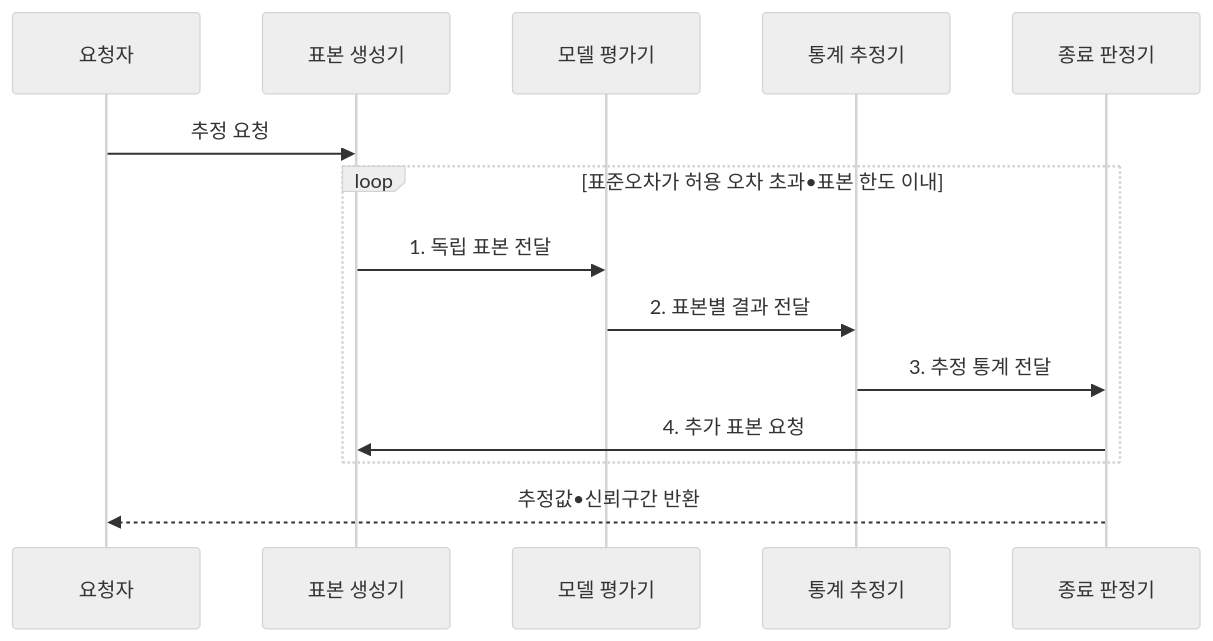
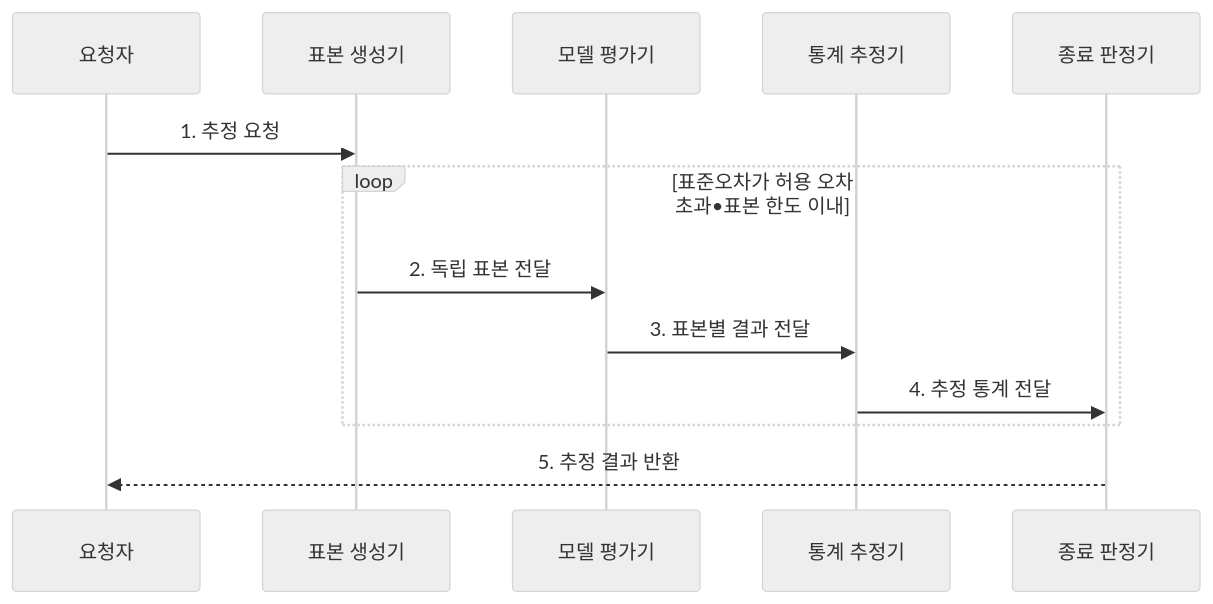
Before and after one commit to agnusdei1207/knowledge-base: the second of 2 diagrams in src/content/docs/notes/01-basic-theory/017_monte_carlo.md, drawn with Mermaid (neutral theme). The commit also changed other lines of this file and 28 other files, not shown here.

````diff
--- a/src/content/docs/notes/01-basic-theory/017_monte_carlo.md
+++ b/src/content/docs/notes/01-basic-theory/017_monte_carlo.md
@@ -107,16 +101,15 @@
 ```mermaid
 sequenceDiagram
     participant Q as 요청자
     participant G as 표본 생성기
     participant M as 모델 평가기
     participant E as 통계 추정기
     participant C as 종료 판정기
-    Q->>G: 추정 요청
+    Q->>G: 1. 추정 요청
     loop 표준오차가 허용 오차 초과•표본 한도 이내
-        G->>M: 1. 독립 표본 전달
-        M->>E: 2. 표본별 결과 전달
-        E->>C: 3. 추정 통계 전달
-        C->>G: 4. 추가 표본 요청
+        G->>M: 2. 독립 표본 전달
+        M->>E: 3. 표본별 결과 전달
+        E->>C: 4. 추정 통계 전달
     end
-    C-->>Q: 추정값•신뢰구간 반환
+    C-->>Q: 5. 추정 결과 반환
 ```
````
